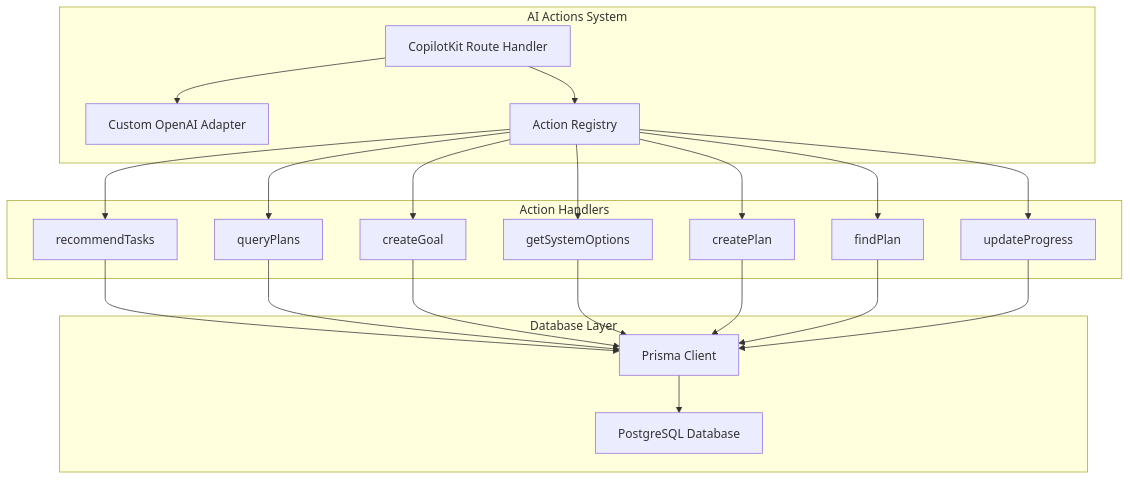
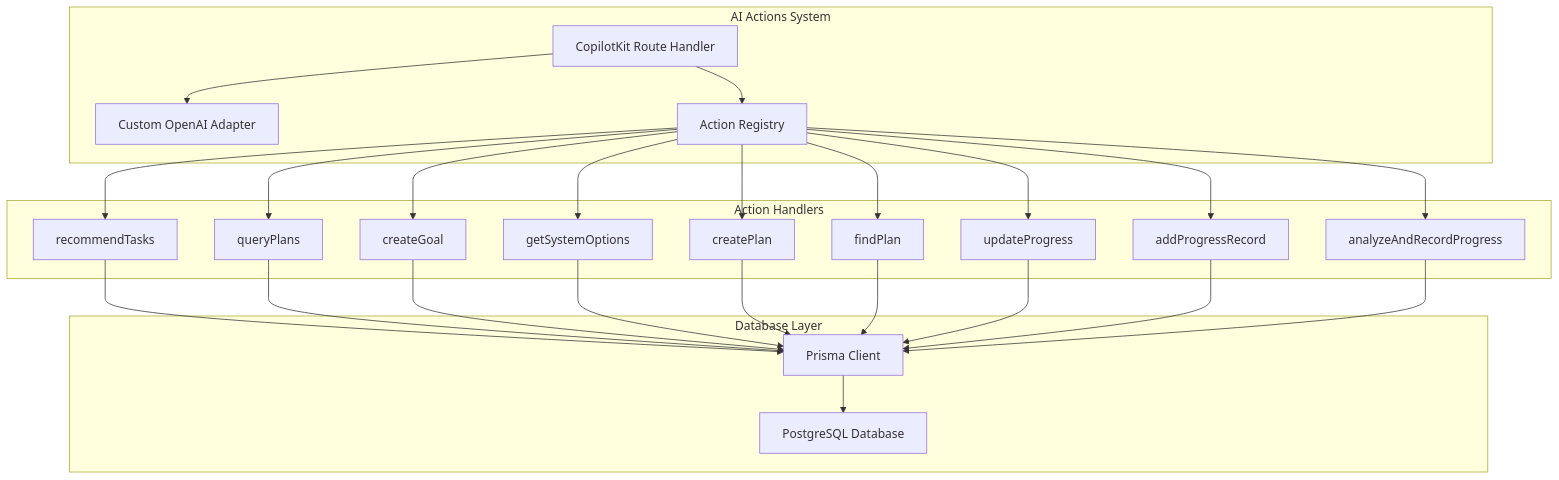
One commit to peixuanhu/goal-mate changed the first of 8 diagrams in .qoder/repowiki/en/content/AI Assistant Integration/AI Actions System/AI Actions System.md. Above: the diagram before and after it, drawn with Mermaid. The commit also changed other lines of this file and 6 other files, not shown here.

````diff
--- a/.qoder/repowiki/en/content/AI Assistant Integration/AI Actions System/AI Actions System.md
+++ b/.qoder/repowiki/en/content/AI Assistant Integration/AI Actions System/AI Actions System.md
@@ -37,38 +45,44 @@
 ```mermaid
 graph TB
 subgraph "AI Actions System"
 A[CopilotKit Route Handler]
 B[Custom OpenAI Adapter]
 C[Action Registry]
 end
 subgraph "Database Layer"
 D[Prisma Client]
 E[PostgreSQL Database]
 end
 subgraph "Action Handlers"
 F[recommendTasks]
 G[queryPlans]
 H[createGoal]
 I[getSystemOptions]
 J[createPlan]
 K[findPlan]
 L[updateProgress]
+M[addProgressRecord]
+N[analyzeAndRecordProgress]
 end
 A --> B
 A --> C
 C --> F
 C --> G
 C --> H
 C --> I
 C --> J
 C --> K
 C --> L
+C --> M
+C --> N
 F --> D
 G --> D
 H --> D
 I --> D
 J --> D
 K --> D
 L --> D
+M --> D
+N --> D
 D --> E
 ```
````
